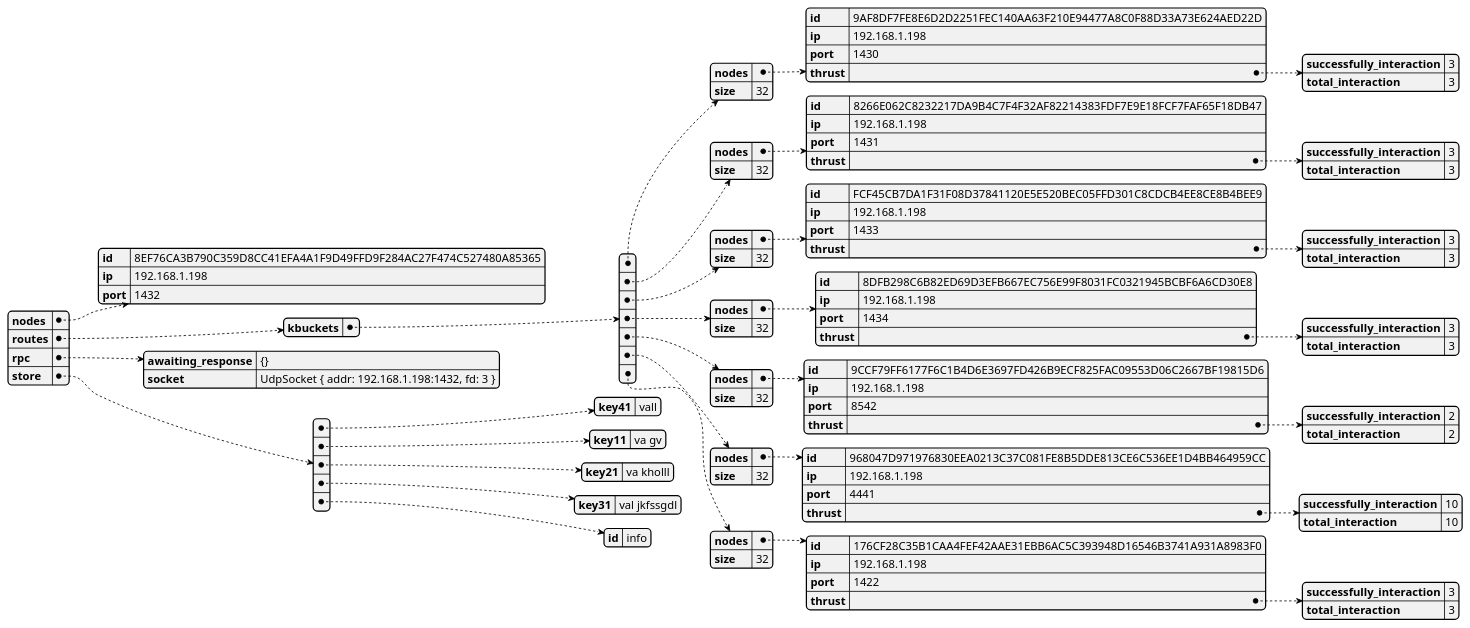
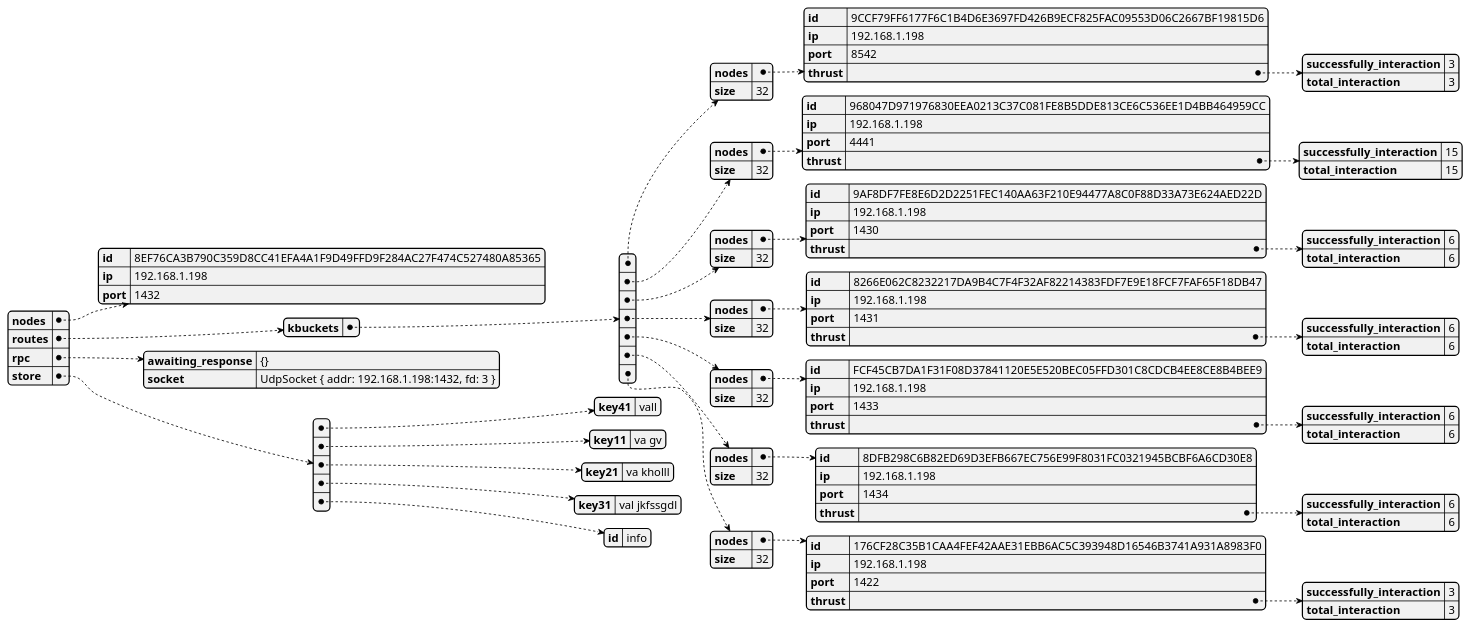
Before and after one commit to GoliathHagar/distributed_legder_kademlia: the diagram in src/distributed_legder/state_dumps/self.json.plantuml, drawn with PlantUML. The commit also changed 23 other files, not shown here.

```diff
--- a/src/distributed_legder/state_dumps/self.json.plantuml
+++ b/src/distributed_legder/state_dumps/self.json.plantuml
@@ -1,3 +1,3 @@
 @startjson
-{"nodes":{"id":"8EF76CA3B790C359D8CC41EFA4A1F9D49FFD9F284AC27F474C527480A85365","ip":"192.168.1.198","port":1432},"routes":{"kbuckets":[{"nodes":{"id":"9AF8DF7FE8E6D2D2251FEC140AA63F210E94477A8C0F88D33A73E624AED22D","ip":"192.168.1.198","port":1430,"thrust":{"successfully_interaction":3,"total_interaction":3}},"size":32},{"nodes":{"id":"8266E062C8232217DA9B4C7F4F32AF82214383FDF7E9E18FCF7FAF65F18DB47","ip":"192.168.1.198","port":1431,"thrust":{"successfully_interaction":3,"total_interaction":3}},"size":32},{"nodes":{"id":"FCF45CB7DA1F31F08D37841120E5E520BEC05FFD301C8CDCB4EE8CE8B4BEE9","ip":"192.168.1.198","port":1433,"thrust":{"successfully_interaction":3,"total_interaction":3}},"size":32},{"nodes":{"id":"8DFB298C6B82ED69D3EFB667EC756E99F8031FC0321945BCBF6A6CD30E8","ip":"192.168.1.198","port":1434,"thrust":{"successfully_interaction":3,"total_interaction":3}},"size":32},{"nodes":{"id":"9CCF79FF6177F6C1B4D6E3697FD426B9ECF825FAC09553D06C2667BF19815D6","ip":"192.168.1.198","port":8542,"thrust":{"successfully_interaction":2,"total_interaction":2}},"size":32},{"nodes":{"id":"968047D971976830EEA0213C37C081FE8B5DDE813CE6C536EE1D4BB464959CC","ip":"192.168.1.198","port":4441,"thrust":{"successfully_interaction":10,"total_interaction":10}},"size":32},{"nodes":{"id":"176CF28C35B1CAA4FEF42AAE31EBB6AC5C393948D16546B3741A931A8983F0","ip":"192.168.1.198","port":1422,"thrust":{"successfully_interaction":3,"total_interaction":3}},"size":32}]},"rpc":{"awaiting_response":"{}","socket":"UdpSocket { addr: 192.168.1.198:1432, fd: 3 }"},"store":[{"key41":"vall"},{"key11":"va gv"},{"key21":"va kholll"},{"key31":"val jkfssgdl"},{"id":"info"}]}
+{"nodes":{"id":"8EF76CA3B790C359D8CC41EFA4A1F9D49FFD9F284AC27F474C527480A85365","ip":"192.168.1.198","port":1432},"routes":{"kbuckets":[{"nodes":{"id":"9CCF79FF6177F6C1B4D6E3697FD426B9ECF825FAC09553D06C2667BF19815D6","ip":"192.168.1.198","port":8542,"thrust":{"successfully_interaction":3,"total_interaction":3}},"size":32},{"nodes":{"id":"968047D971976830EEA0213C37C081FE8B5DDE813CE6C536EE1D4BB464959CC","ip":"192.168.1.198","port":4441,"thrust":{"successfully_interaction":15,"total_interaction":15}},"size":32},{"nodes":{"id":"9AF8DF7FE8E6D2D2251FEC140AA63F210E94477A8C0F88D33A73E624AED22D","ip":"192.168.1.198","port":1430,"thrust":{"successfully_interaction":6,"total_interaction":6}},"size":32},{"nodes":{"id":"8266E062C8232217DA9B4C7F4F32AF82214383FDF7E9E18FCF7FAF65F18DB47","ip":"192.168.1.198","port":1431,"thrust":{"successfully_interaction":6,"total_interaction":6}},"size":32},{"nodes":{"id":"FCF45CB7DA1F31F08D37841120E5E520BEC05FFD301C8CDCB4EE8CE8B4BEE9","ip":"192.168.1.198","port":1433,"thrust":{"successfully_interaction":6,"total_interaction":6}},"size":32},{"nodes":{"id":"8DFB298C6B82ED69D3EFB667EC756E99F8031FC0321945BCBF6A6CD30E8","ip":"192.168.1.198","port":1434,"thrust":{"successfully_interaction":6,"total_interaction":6}},"size":32},{"nodes":{"id":"176CF28C35B1CAA4FEF42AAE31EBB6AC5C393948D16546B3741A931A8983F0","ip":"192.168.1.198","port":1422,"thrust":{"successfully_interaction":3,"total_interaction":3}},"size":32}]},"rpc":{"awaiting_response":"{}","socket":"UdpSocket { addr: 192.168.1.198:1432, fd: 3 }"},"store":[{"key41":"vall"},{"key11":"va gv"},{"key21":"va kholll"},{"key31":"val jkfssgdl"},{"id":"info"}]}
 @endjson
```
